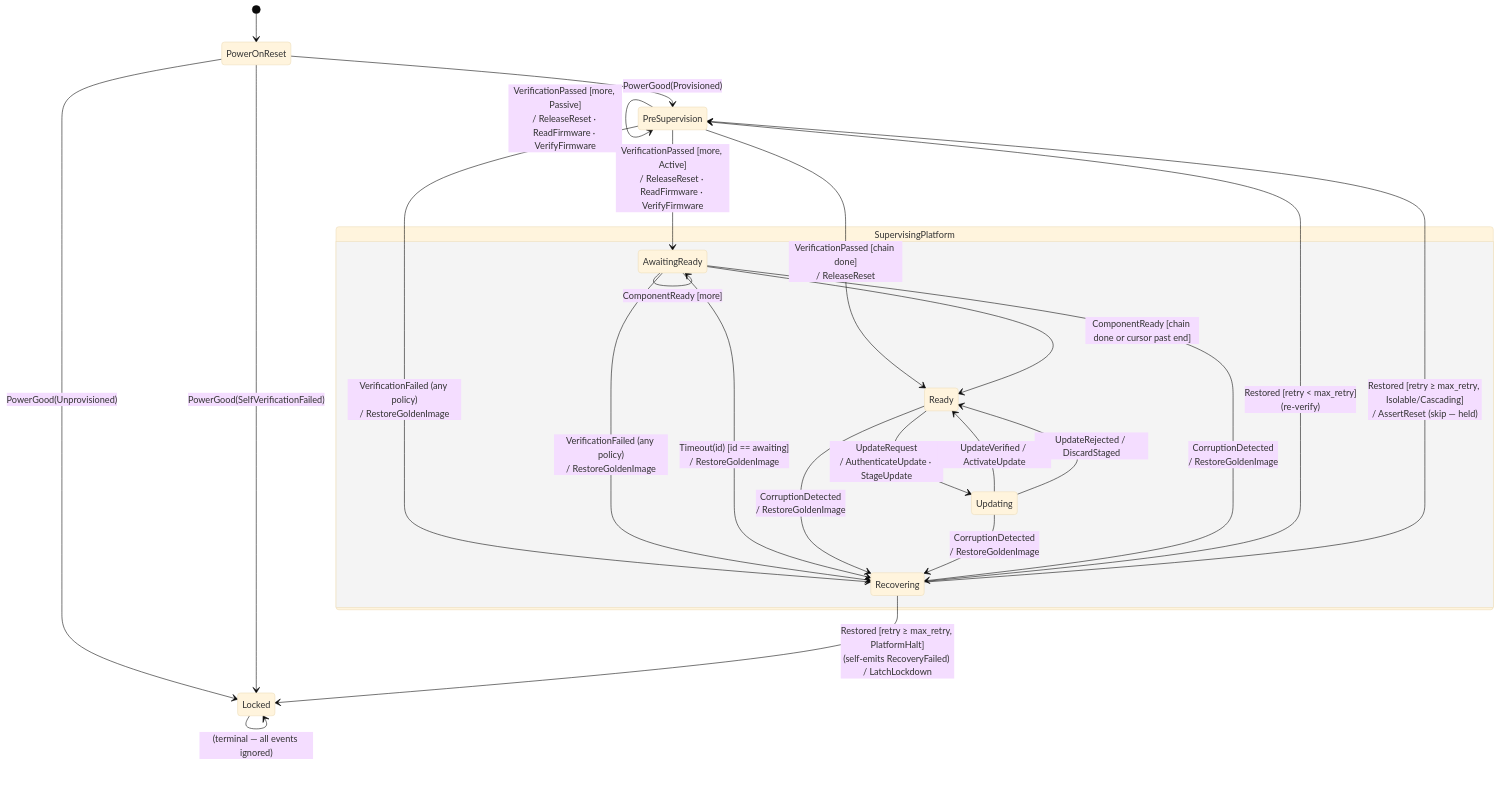
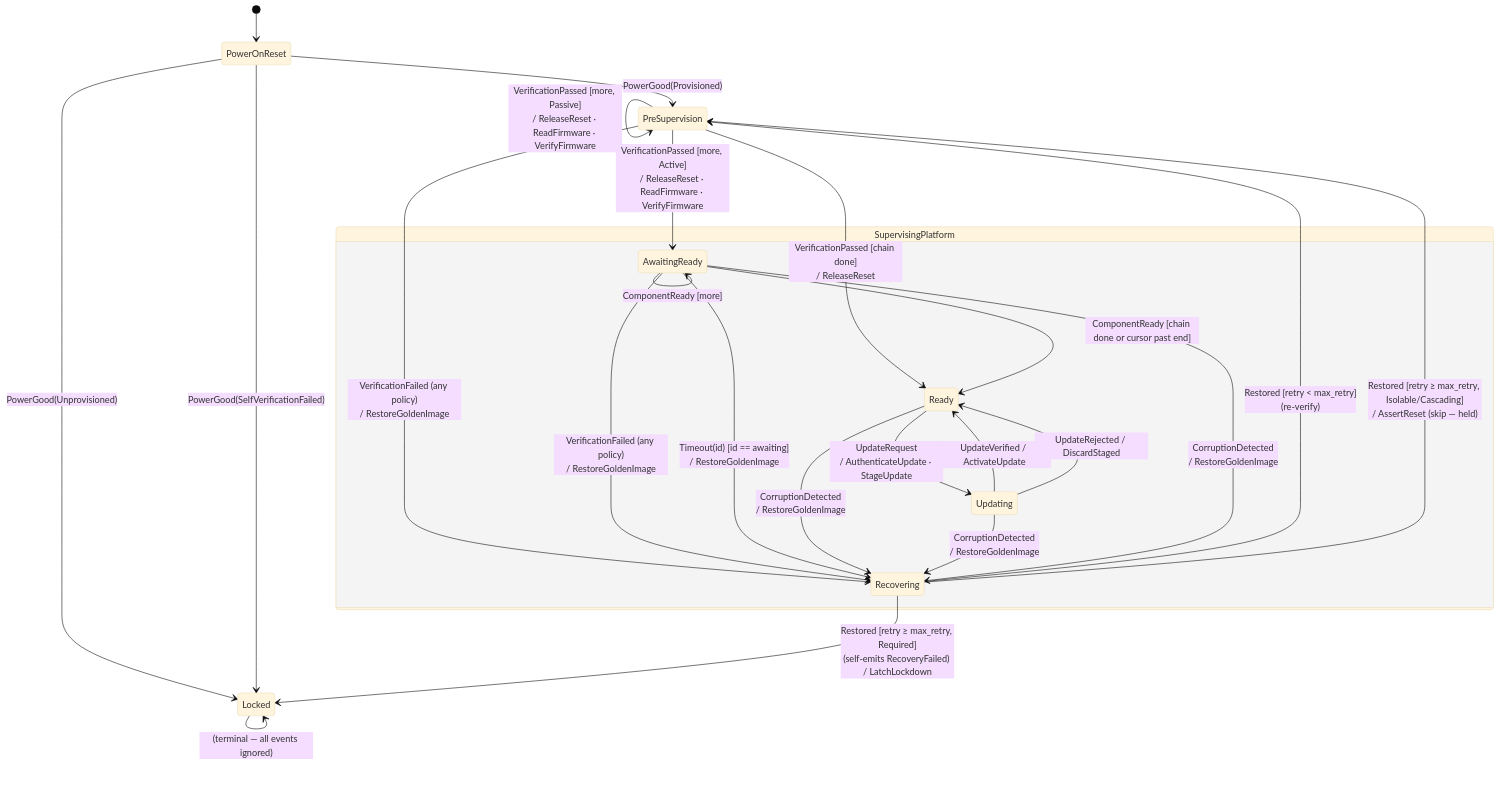
Before and after one commit to rusty1968/openprot: the diagram in docs/src/design/orchestrator/orchestrator-machine.md, drawn with Mermaid (base theme). The commit also changed other lines of this file and 3 other files, not shown here.

Commit message:
PlatformHalt is a consequence of the Policy::Required

````diff
--- a/docs/src/design/orchestrator/orchestrator-machine.md
+++ b/docs/src/design/orchestrator/orchestrator-machine.md
@@ -7,33 +7,33 @@
 ```mermaid
 stateDiagram-v2
     [*] --> PowerOnReset
 
     PowerOnReset --> PreSupervision : PowerGood(Provisioned)
     PowerOnReset --> Locked             : PowerGood(Unprovisioned)
     PowerOnReset --> Locked             : PowerGood(SelfVerificationFailed)
 
     PreSupervision --> PreSupervision : VerificationPassed [more, Passive]<br/>/ ReleaseReset · ReadFirmware · VerifyFirmware
     PreSupervision --> AwaitingReady     : VerificationPassed [more, Active]<br/>/ ReleaseReset · ReadFirmware · VerifyFirmware
     PreSupervision --> Ready             : VerificationPassed [chain done]<br/>/ ReleaseReset
     PreSupervision --> Recovering        : VerificationFailed (any policy)<br/>/ RestoreGoldenImage
 
     AwaitingReady --> AwaitingReady : VerificationPassed [more]<br/>/ ReleaseReset · ReadFirmware · VerifyFirmware
     AwaitingReady --> Ready         : ComponentReady [chain done or cursor past end]
     AwaitingReady --> AwaitingReady : ComponentReady [more]
     AwaitingReady --> Recovering    : VerificationFailed (any policy)<br/>/ RestoreGoldenImage
     AwaitingReady --> Recovering    : Timeout(id) [id == awaiting]<br/>/ RestoreGoldenImage
 
     state SupervisingPlatform {
         Ready         --> Updating      : UpdateRequest<br/>/ AuthenticateUpdate · StageUpdate
         Updating      --> Ready         : UpdateVerified / ActivateUpdate
         Updating      --> Ready         : UpdateRejected / DiscardStaged
         Ready         --> Recovering    : CorruptionDetected<br/>/ RestoreGoldenImage
         Updating      --> Recovering    : CorruptionDetected<br/>/ RestoreGoldenImage
         AwaitingReady --> Recovering    : CorruptionDetected<br/>/ RestoreGoldenImage
     }
 
     Recovering --> PreSupervision : Restored [retry < max_retry]<br/>(re-verify)
     Recovering --> PreSupervision : Restored [retry ≥ max_retry, Isolable/Cascading]<br/>/ AssertReset (skip — held)
-    Recovering --> Locked    : Restored [retry ≥ max_retry, PlatformHalt]<br/>(self-emits RecoveryFailed) / LatchLockdown
+    Recovering --> Locked    : Restored [retry ≥ max_retry, Required]<br/>(self-emits RecoveryFailed) / LatchLockdown
     Locked     --> Locked    : (terminal — all events ignored)
 ```
````
